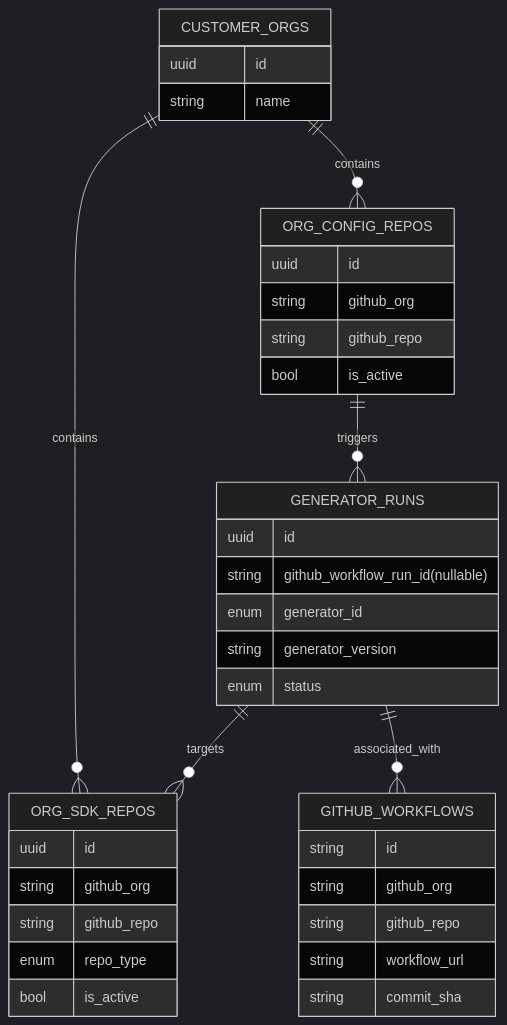
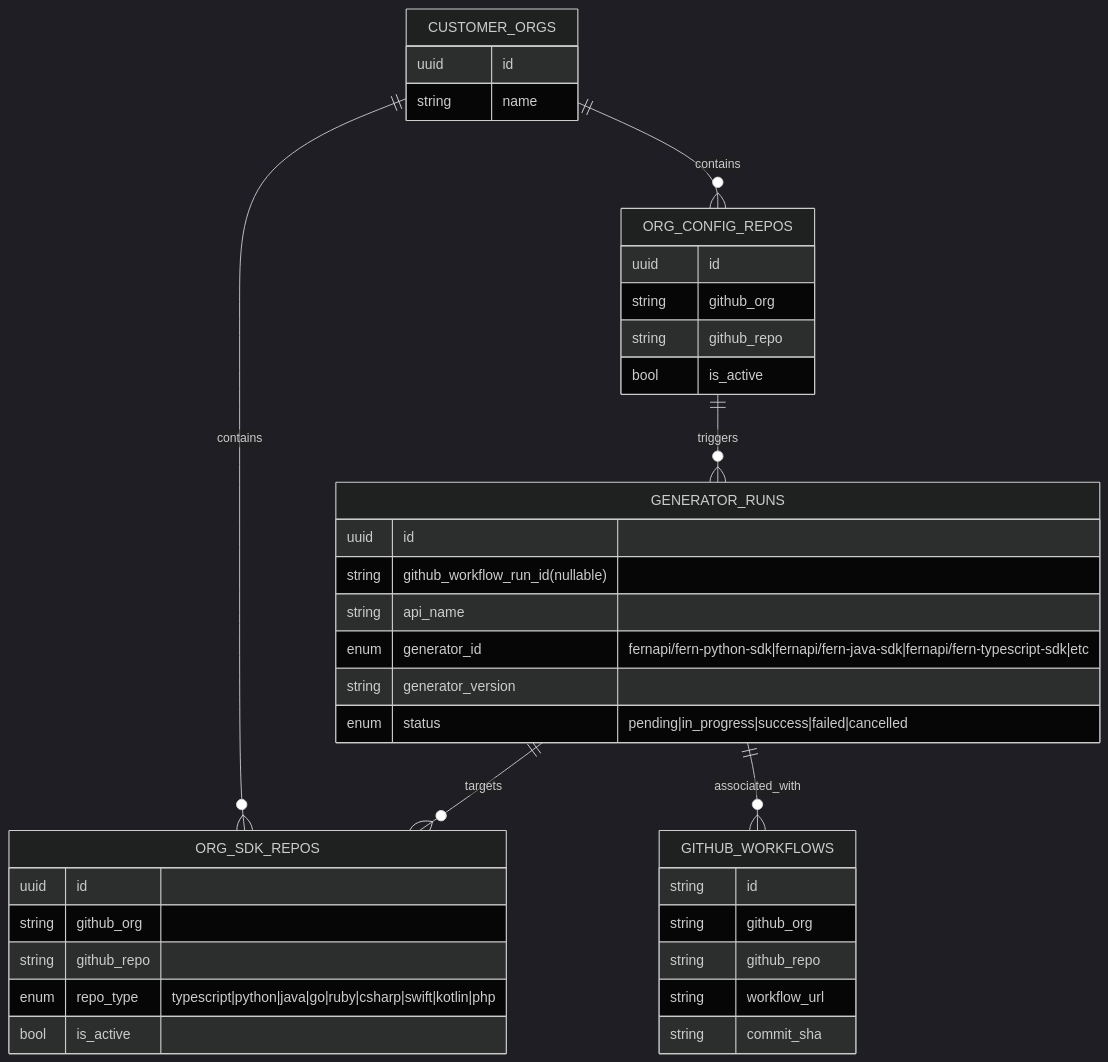
The diagram in DATABASE_SCHEMA.md (fern-api/fern-autopilot), drawn with Mermaid (dark theme) before and after one commit. The commit also changed 2 other files, not shown here.

Commit message:
add db creation to cdk stack

````diff
--- a/DATABASE_SCHEMA.md
+++ b/DATABASE_SCHEMA.md
@@ -1,47 +1,48 @@
 ```mermaid
 erDiagram
     CUSTOMER_ORGS {
         uuid id
         string name
     }
 
     CUSTOMER_ORGS ||--o{ ORG_SDK_REPOS : contains
     CUSTOMER_ORGS ||--o{ ORG_CONFIG_REPOS : contains
 
     ORG_SDK_REPOS {
         uuid id
         string github_org
         string github_repo
-        enum repo_type
+        enum repo_type "typescript|python|java|go|ruby|csharp|swift|kotlin|php"
         bool is_active
     }
 
     ORG_CONFIG_REPOS {
         uuid id
         string github_org
         string github_repo
         bool is_active
     }
 
     GENERATOR_RUNS {
         uuid id
         string github_workflow_run_id(nullable)
-        enum generator_id
+        string api_name
+        enum generator_id "fernapi/fern-python-sdk|fernapi/fern-java-sdk|fernapi/fern-typescript-sdk|etc"
         string generator_version
-        enum status
+        enum status "pending|in_progress|success|failed|cancelled"
     }
 
     ORG_CONFIG_REPOS ||--o{ GENERATOR_RUNS : triggers
 
     GENERATOR_RUNS ||--o{ ORG_SDK_REPOS : targets
 
     GITHUB_WORKFLOWS {
         string id
         string github_org
         string github_repo
         string workflow_url
         string commit_sha
     }
 
     GENERATOR_RUNS ||--o{ GITHUB_WORKFLOWS : associated_with
 ```
````
